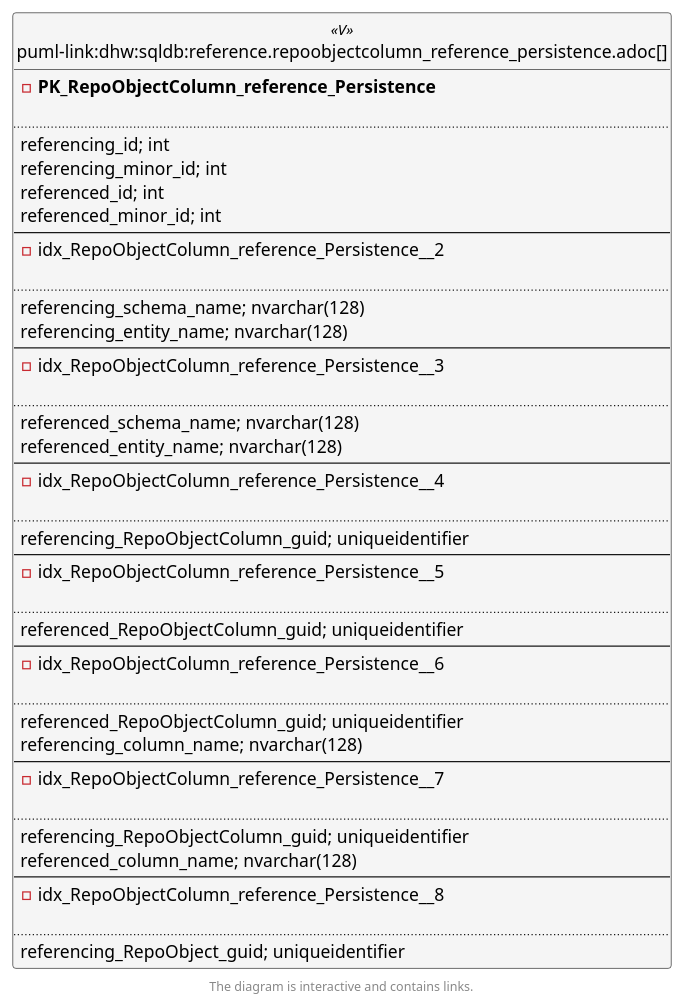
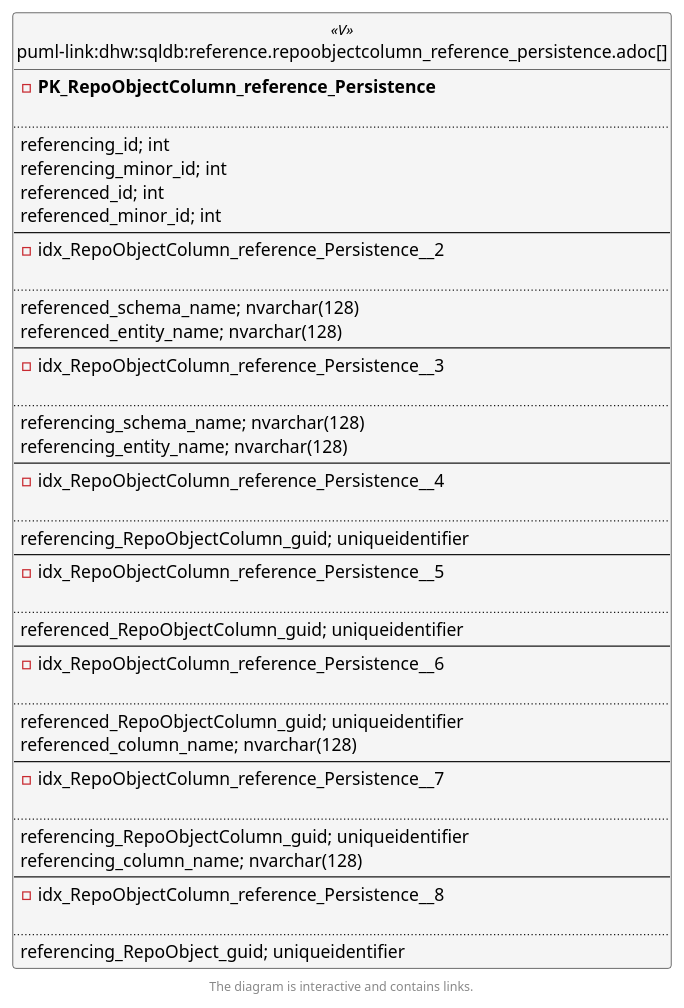
One commit to DataHandwerk/dhw-antora-sqldb changed the second of 6 diagrams in docs/modules/sqldb/partials/content/reference.repoobjectcolumn_reference_persistence.adoc. Above: the diagram before and after it, drawn with PlantUML. The commit also changed other lines of this file and 701 other files, not shown here.

```diff
--- a/docs/modules/sqldb/partials/content/reference.repoobjectcolumn_reference_persistence.adoc
+++ b/docs/modules/sqldb/partials/content/reference.repoobjectcolumn_reference_persistence.adoc
@@ -1178,14 +1178,14 @@
 - idx_RepoObjectColumn_reference_Persistence__2
 
 ..
-referencing_schema_name; nvarchar(128)
-referencing_entity_name; nvarchar(128)
+referenced_schema_name; nvarchar(128)
+referenced_entity_name; nvarchar(128)
 --
 - idx_RepoObjectColumn_reference_Persistence__3
 
 ..
-referenced_schema_name; nvarchar(128)
-referenced_entity_name; nvarchar(128)
+referencing_schema_name; nvarchar(128)
+referencing_entity_name; nvarchar(128)
 --
 - idx_RepoObjectColumn_reference_Persistence__4
 
@@ -1201,13 +1201,13 @@
 
 ..
 referenced_RepoObjectColumn_guid; uniqueidentifier
-referencing_column_name; nvarchar(128)
+referenced_column_name; nvarchar(128)
 --
 - idx_RepoObjectColumn_reference_Persistence__7
 
 ..
 referencing_RepoObjectColumn_guid; uniqueidentifier
-referenced_column_name; nvarchar(128)
+referencing_column_name; nvarchar(128)
 --
 - idx_RepoObjectColumn_reference_Persistence__8
 
```
